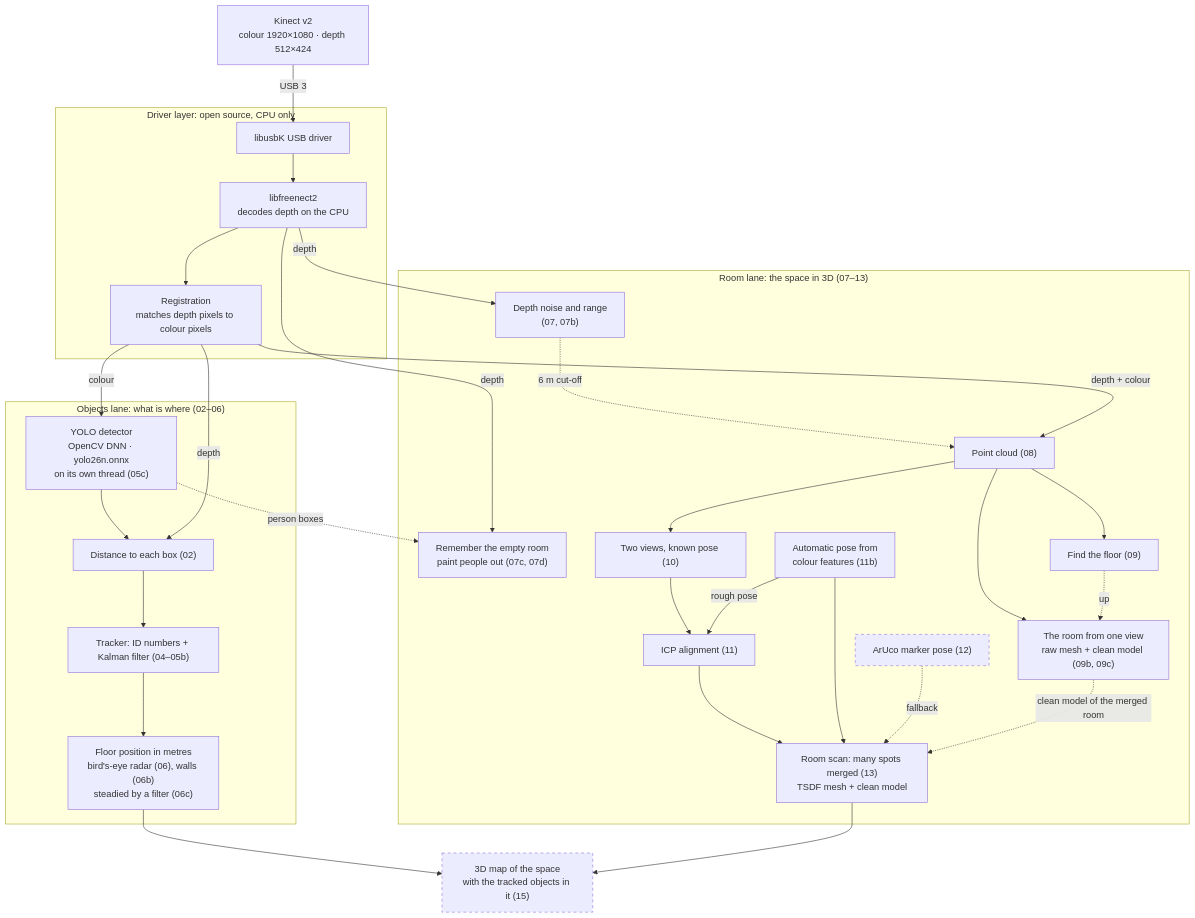
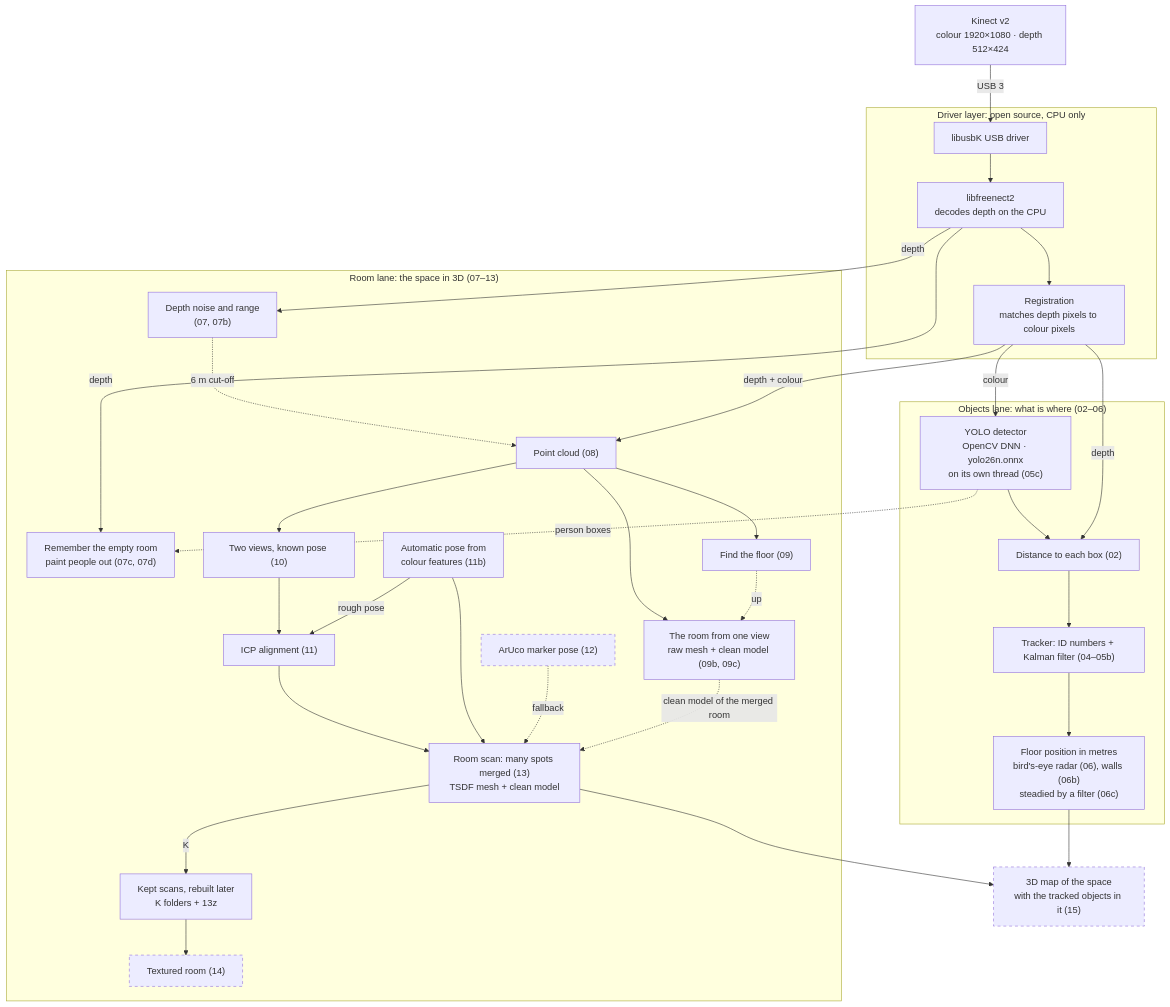
Before and after one commit to Kramav/Spotter: the diagram in README.md, drawn with Mermaid. The commit also changed other lines of this file and 8 other files, not shown here.

````diff
--- a/README.md
+++ b/README.md
@@ -17,54 +17,57 @@
 ```mermaid
 flowchart TB
     K["Kinect v2<br/>colour 1920×1080 · depth 512×424"]
 
     subgraph DRV["Driver layer: open source, CPU only"]
         U["libusbK USB driver"] --> F["libfreenect2<br/>decodes depth on the CPU"]
         F --> R["Registration<br/>matches depth pixels to colour pixels"]
     end
     K -->|USB 3| U
 
     subgraph OBJ["Objects lane: what is where (02–06)"]
         Y["YOLO detector<br/>OpenCV DNN · yolo26n.onnx<br/>on its own thread (05c)"]
         D["Distance to each box (02)"]
         T["Tracker: ID numbers + Kalman filter (04–05b)"]
         X["Floor position in metres<br/>bird's-eye radar (06), walls (06b)<br/>steadied by a filter (06c)"]
         Y --> D --> T --> X
     end
 
     subgraph ROOM["Room lane: the space in 3D (07–13)"]
         AV["Depth noise and range<br/>(07, 07b)"]
         BG["Remember the empty room<br/>paint people out (07c, 07d)"]
         PC["Point cloud (08)"]
         FL["Find the floor (09)"]
         RM["The room from one view<br/>raw mesh + clean model (09b, 09c)"]
         V11b["Automatic pose from<br/>colour features (11b)"]
         V10["Two views, known pose (10)"]
         V11["ICP alignment (11)"]
         V12["ArUco marker pose (12)"]
         V13["Room scan: many spots merged (13)<br/>TSDF mesh + clean model"]
+        KEEP["Kept scans, rebuilt later<br/>K folders + 13z"]
+        TEX["Textured room (14)"]
         AV -.->|6 m cut-off| PC
         PC --> FL
         PC --> RM
         FL -.->|up| RM
         PC --> V10 --> V11 --> V13
         V11b -->|rough pose| V11
         V11b --> V13
         V12 -.->|fallback| V13
         RM -.->|clean model of the merged room| V13
+        V13 -->|K| KEEP --> TEX
     end
 
     R -->|colour| Y
     R -->|depth| D
     F -->|depth| AV
     F -->|depth| BG
     R -->|depth + colour| PC
     Y -.->|person boxes| BG
 
     MAP["3D map of the space<br/>with the tracked objects in it (15)"]
     X --> MAP
     V13 --> MAP
 
     classDef planned stroke-dasharray: 5 5
-    class V12,MAP planned
+    class V12,TEX,MAP planned
 ```
````
